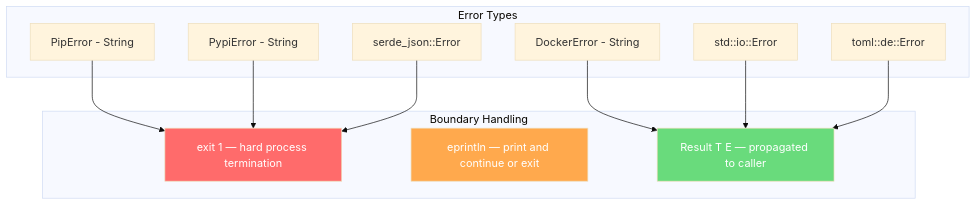
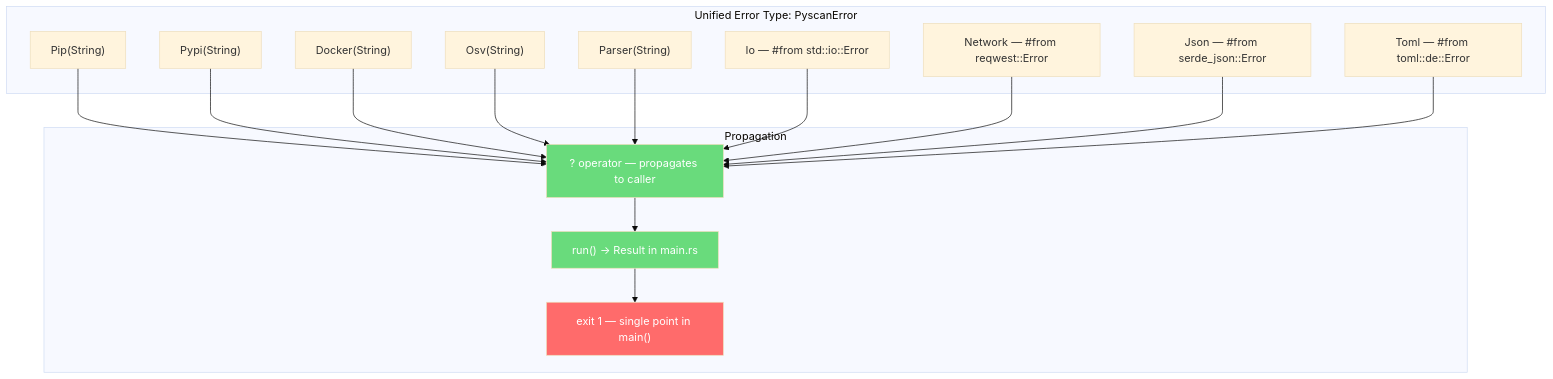
One commit to ohaswin/pyscan changed the second of 2 diagrams in architecture/ARCH_MANIFEST.md. Above: the diagram before and after it, drawn with Mermaid (base theme). The commit also changed other lines of this file and 12 other files, not shown here.

Commit message:
refactor: implement unified error handling, migrate to async subprocesses, and optimize OSV vulnerability fetching with parallel execution

````diff
--- a/architecture/ARCH_MANIFEST.md
+++ b/architecture/ARCH_MANIFEST.md
@@ -251,28 +264,36 @@
 ```mermaid
 graph TD
-    subgraph "Error Types"
-        PE["PipError - String"]
-        PYE["PypiError - String"]
-        DE["DockerError - String"]
-        IOE["std::io::Error"]
-        SE["serde_json::Error"]
-        TE["toml::de::Error"]
+    subgraph "Unified Error Type: PyscanError"
+        PIP["Pip(String)"]
+        PYPI["Pypi(String)"]
+        DOCKER["Docker(String)"]
+        OSV["Osv(String)"]
+        PARSER["Parser(String)"]
+        IO["Io — #from std::io::Error"]
+        NET["Network — #from reqwest::Error"]
+        JSON["Json — #from serde_json::Error"]
+        TOML["Toml — #from toml::de::Error"]
     end
 
-    subgraph "Boundary Handling"
-        EXIT["exit 1 — hard process termination"]
-        EPRINTLN["eprintln — print and continue or exit"]
-        RESULT["Result T E — propagated to caller"]
+    subgraph "Propagation"
+        Q["? operator — propagates to caller"]
+        RUN["run() -> Result in main.rs"]
+        EXIT["exit 1 — single point in main()"]
     end
 
-    PE --> EXIT
-    PYE --> EXIT
-    DE --> RESULT
-    IOE --> RESULT
-    SE --> EXIT
-    TE --> RESULT
+    PIP --> Q
+    PYPI --> Q
+    DOCKER --> Q
+    OSV --> Q
+    PARSER --> Q
+    IO --> Q
+    NET --> Q
+    JSON --> Q
+    TOML --> Q
+    Q --> RUN
+    RUN --> EXIT
 
     style EXIT fill:#ff6b6b,color:#fff
-    style EPRINTLN fill:#ffa94d,color:#fff
-    style RESULT fill:#69db7c,color:#fff
+    style Q fill:#69db7c,color:#fff
+    style RUN fill:#69db7c,color:#fff
 ```
````
